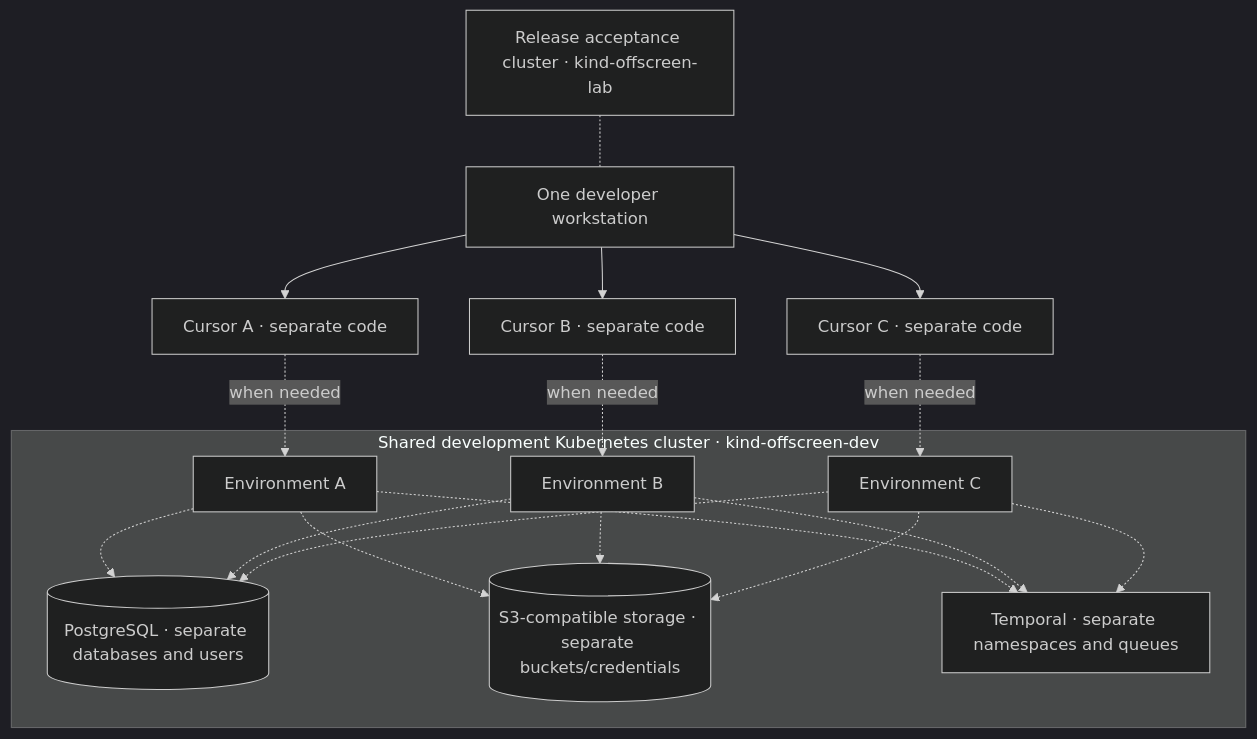
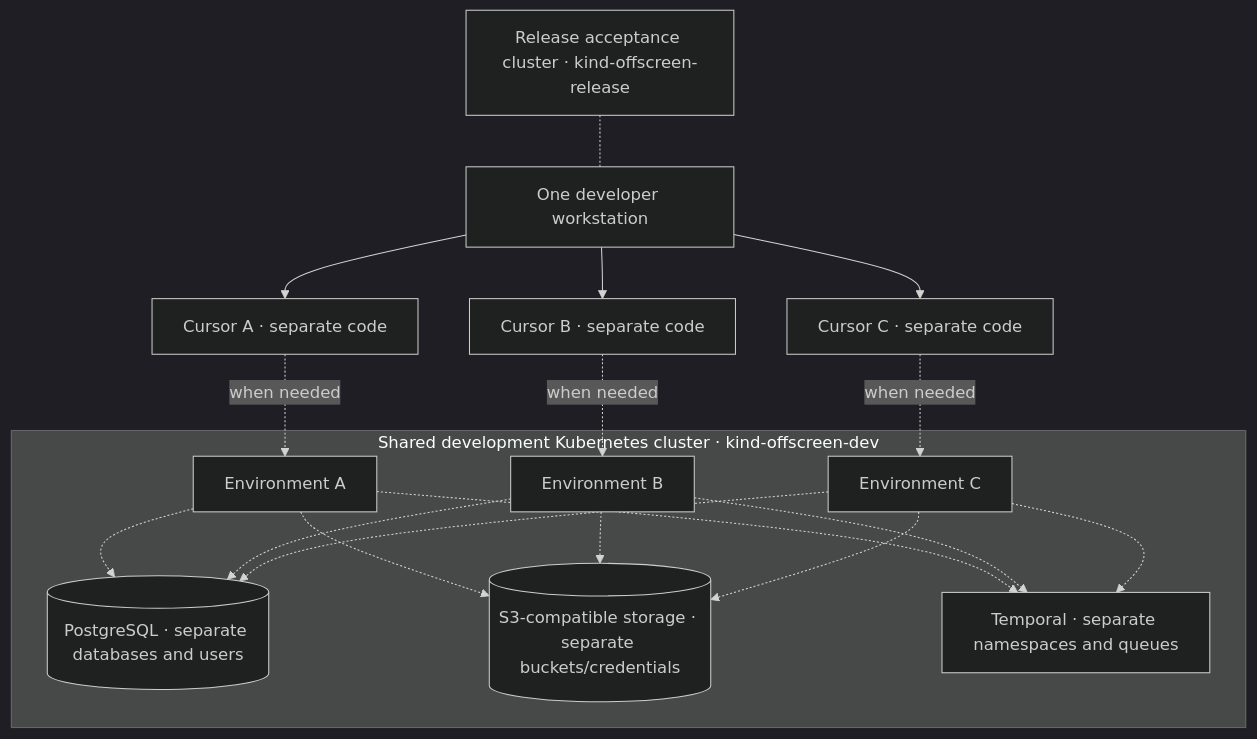
The second of 4 diagrams in docs/architecture/10-developer-environments.md (DenisSkulovic/offscreen-rpg), drawn with Mermaid (dark theme) before and after one commit. The commit also changed 99 other files, not shown here.

Commit message:
refactor(infra): rename release cluster identity

````diff
--- a/docs/architecture/10-developer-environments.md
+++ b/docs/architecture/10-developer-environments.md
@@ -29,27 +29,27 @@
 ```mermaid
 flowchart TB
     H["One developer workstation"] --> A["Cursor A · separate code"]
     H --> B["Cursor B · separate code"]
     H --> C["Cursor C · separate code"]
     A -.->|"when needed"| E1["Environment A"]
     B -.->|"when needed"| E2["Environment B"]
     C -.->|"when needed"| E3["Environment C"]
     subgraph Dev["Shared development Kubernetes cluster · kind-offscreen-dev"]
         E1
         E2
         E3
         DB[("PostgreSQL · separate databases and users")]
         Obj[("S3-compatible storage · separate buckets/credentials")]
         T["Temporal · separate namespaces and queues"]
     end
     E1 -.-> DB
     E1 -.-> Obj
     E1 -.-> T
     E2 -.-> DB
     E2 -.-> Obj
     E2 -.-> T
     E3 -.-> DB
     E3 -.-> Obj
     E3 -.-> T
-    L["Release acceptance cluster · kind-offscreen-lab"] -.- H
+    L["Release acceptance cluster · kind-offscreen-release"] -.- H
 ```
````
